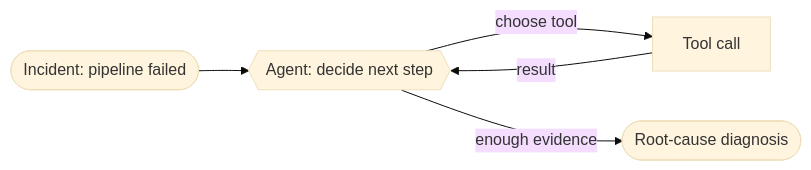
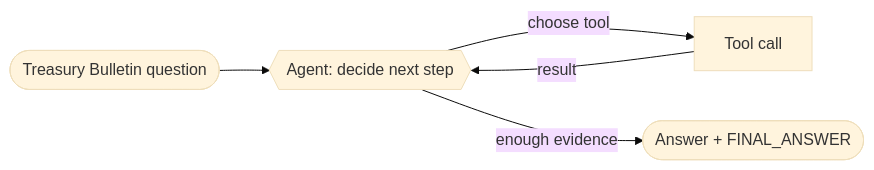
One commit to jtaylorisbell/agentic-facets changed the diagram in recipes/01_single_tool_agent/README.md. Above: the diagram before and after it, drawn with Mermaid (base theme). The commit also changed other lines of this file and 51 other files, not shown here.

````diff
--- a/recipes/01_single_tool_agent/README.md
+++ b/recipes/01_single_tool_agent/README.md
@@ -30,7 +31,7 @@
 ```mermaid
 flowchart LR
-    In([Incident: pipeline failed]) --> A{{Agent: decide next step}}
+    Q([Treasury Bulletin question]) --> A{{Agent: decide next step}}
     A -->|choose tool| T[Tool call]
     T -->|result| A
-    A -->|enough evidence| Out([Root-cause diagnosis])
+    A -->|enough evidence| Out([Answer + FINAL_ANSWER])
 ```
````
